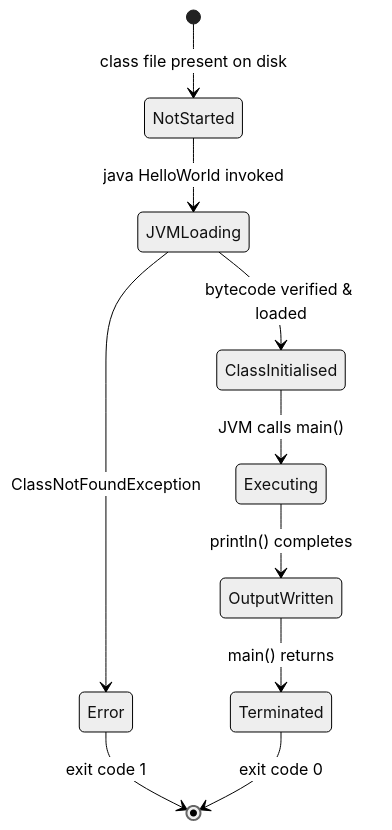
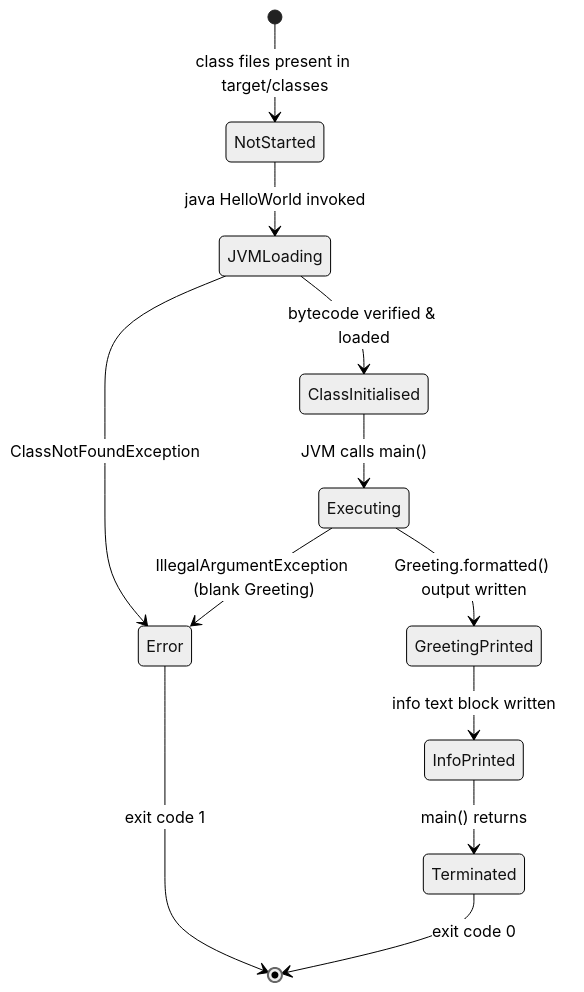
Before and after one commit to ktruchcz/copilot-test-ktruchcz: the ninth of 15 diagrams in arc42-documentation.md, drawn with Mermaid (neutral theme). The commit also changed other lines of this file and 8 other files, not shown here.

````diff
--- a/arc42-documentation.md
+++ b/arc42-documentation.md
@@ -341,15 +402,17 @@
 ```mermaid
 stateDiagram-v2
-    [*] --> NotStarted : class file present on disk
+    [*] --> NotStarted : class files present in target/classes
 
     NotStarted --> JVMLoading : java HelloWorld invoked
     JVMLoading --> ClassInitialised : bytecode verified & loaded
     ClassInitialised --> Executing : JVM calls main()
-    Executing --> OutputWritten : println() completes
-    OutputWritten --> Terminated : main() returns
+    Executing --> GreetingPrinted : Greeting.formatted() output written
+    GreetingPrinted --> InfoPrinted : info text block written
+    InfoPrinted --> Terminated : main() returns
 
     JVMLoading --> Error : ClassNotFoundException
+    Executing --> Error : IllegalArgumentException (blank Greeting)
     Error --> [*] : exit code 1
 
     Terminated --> [*] : exit code 0
 ```
````
